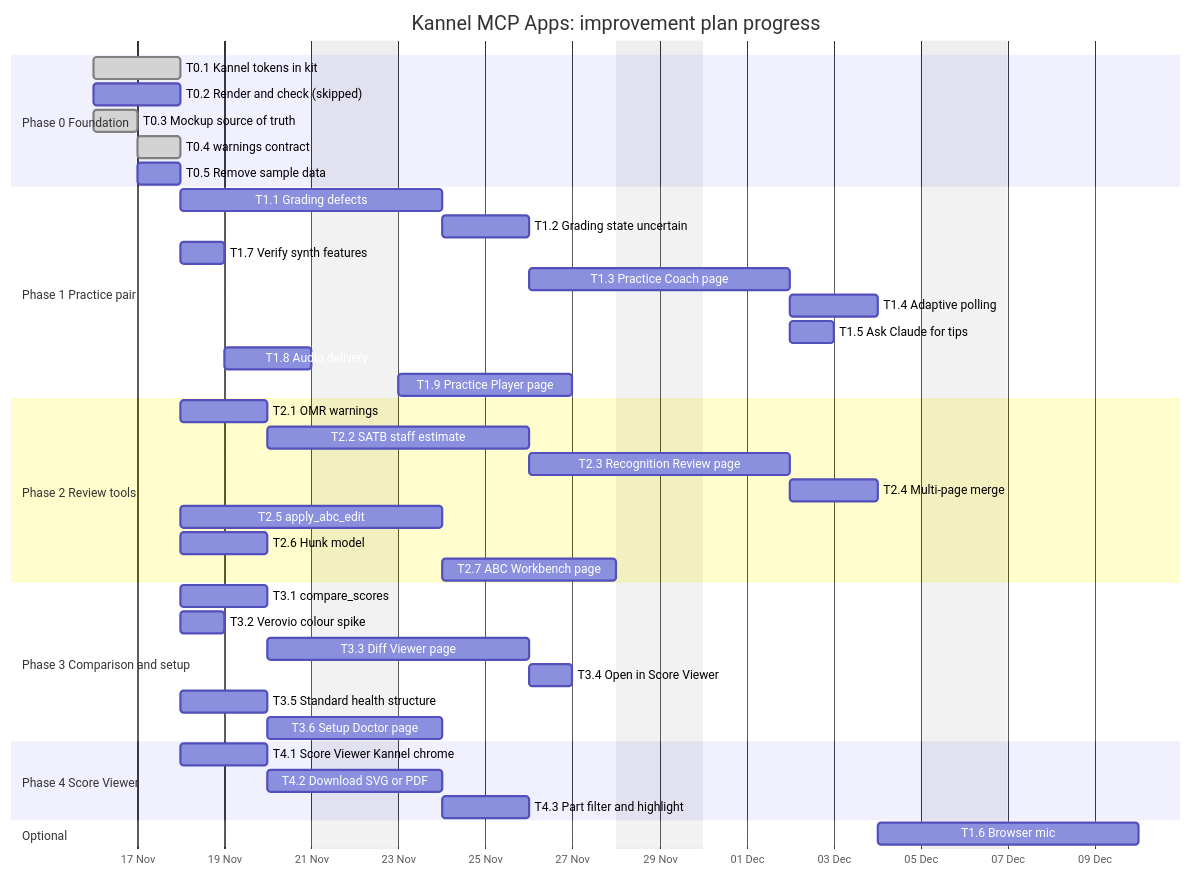
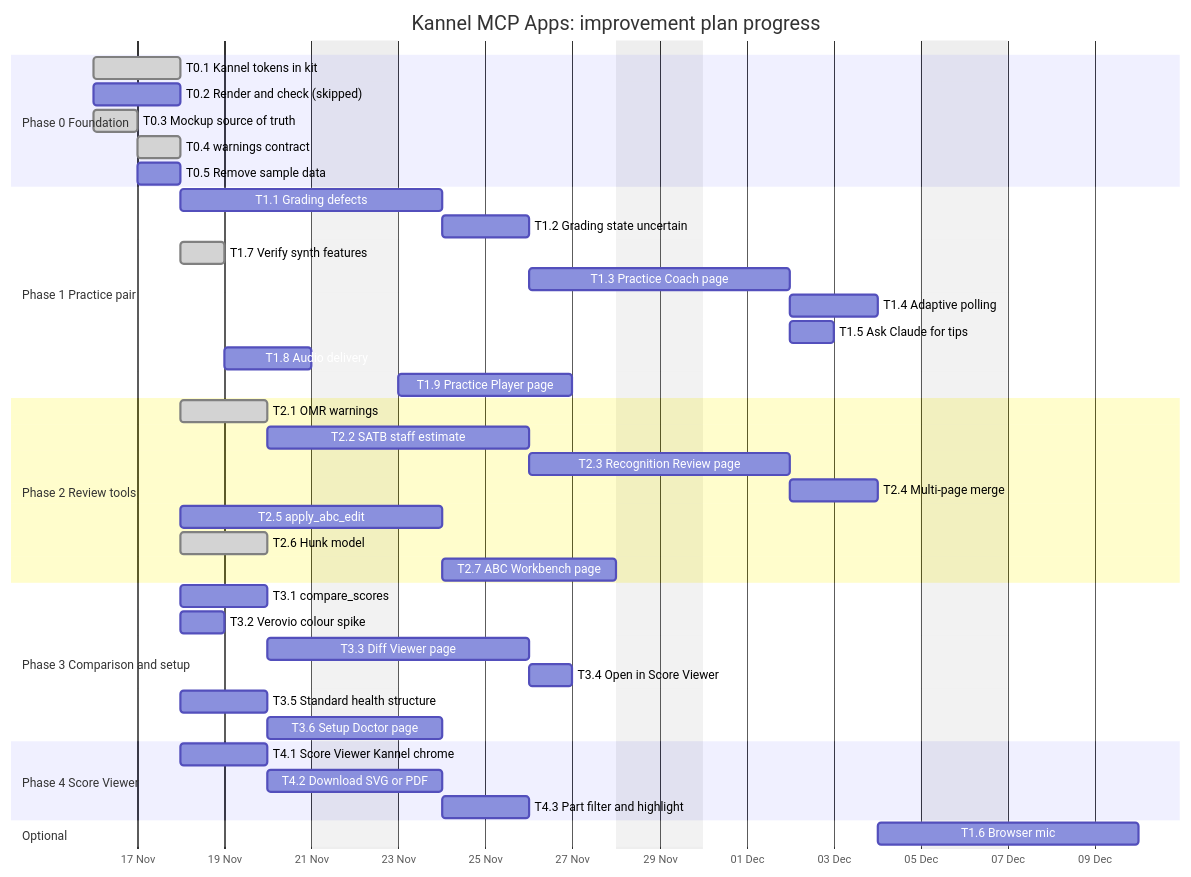
The diagram in docs/research/mcp-apps-improvement-plan.md (raulkivi/sheet-music-mcp), drawn with Mermaid before and after one commit. The commit also changed other lines of this file, not shown here.

First line of the commit message:
docs(research): sync MCP Apps plan progress after merged PRs (#205)

````diff
--- a/docs/research/mcp-apps-improvement-plan.md
+++ b/docs/research/mcp-apps-improvement-plan.md
@@ -181,50 +181,50 @@
 ```mermaid
 gantt
     title Kannel MCP Apps: improvement plan progress
     dateFormat YYYY-MM-DD
     axisFormat %d %b
     excludes weekends
     todayMarker off
 
     section Phase 0 Foundation
     T0.1 Kannel tokens in kit           :done, t01, 2026-11-16, 2d
     T0.2 Render and check (skipped)     :t02, 2026-11-16, 2d
     T0.3 Mockup source of truth         :done, t03, 2026-11-16, 1d
     T0.4 warnings contract              :done, t04, after t03, 1d
     T0.5 Remove sample data             :t05, after t03, 1d
 
     section Phase 1 Practice pair
     T1.1 Grading defects                :t11, after t04, 4d
     T1.2 Grading state uncertain        :t12, after t11, 2d
-    T1.7 Verify synth features          :t17, after t05, 1d
+    T1.7 Verify synth features          :done, t17, after t05, 1d
     T1.3 Practice Coach page            :t13, after t12, 4d
     T1.4 Adaptive polling               :t14, after t13, 2d
     T1.5 Ask Claude for tips            :t15, after t13, 1d
     T1.8 Audio delivery                 :t18, after t17, 2d
     T1.9 Practice Player page           :t19, after t18 t01, 4d
 
     section Phase 2 Review tools
-    T2.1 OMR warnings                   :t21, after t04, 2d
+    T2.1 OMR warnings                   :done, t21, after t04, 2d
     T2.2 SATB staff estimate            :t22, after t21, 4d
     T2.3 Recognition Review page        :t23, after t22, 4d
     T2.4 Multi-page merge               :t24, after t23, 2d
     T2.5 apply_abc_edit                 :t25, after t04, 4d
-    T2.6 Hunk model                     :t26, after t02, 2d
+    T2.6 Hunk model                     :done, t26, after t02, 2d
     T2.7 ABC Workbench page             :t27, after t25 t26, 4d
 
     section Phase 3 Comparison and setup
     T3.1 compare_scores                 :t31, after t04, 2d
     T3.2 Verovio colour spike           :t32, after t04, 1d
     T3.3 Diff Viewer page               :t33, after t31 t32, 4d
     T3.4 Open in Score Viewer           :t34, after t33, 1d
     T3.5 Standard health structure      :t35, after t04, 2d
     T3.6 Setup Doctor page              :t36, after t35, 2d
 
     section Phase 4 Score Viewer
     T4.1 Score Viewer Kannel chrome     :t41, after t01, 2d
     T4.2 Download SVG or PDF            :t42, after t41, 2d
     T4.3 Part filter and highlight      :t43, after t42, 2d
 
     section Optional
     T1.6 Browser mic                    :t16, after t14, 4d
 ```
````
